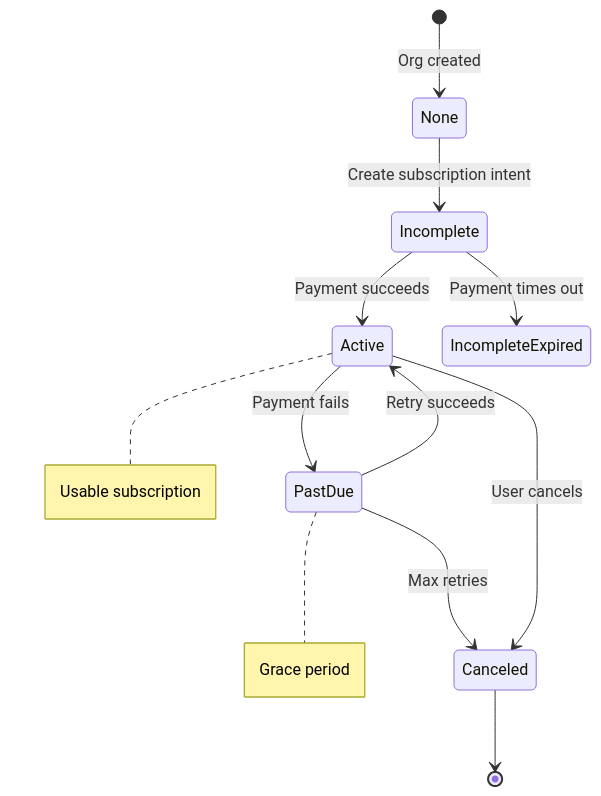
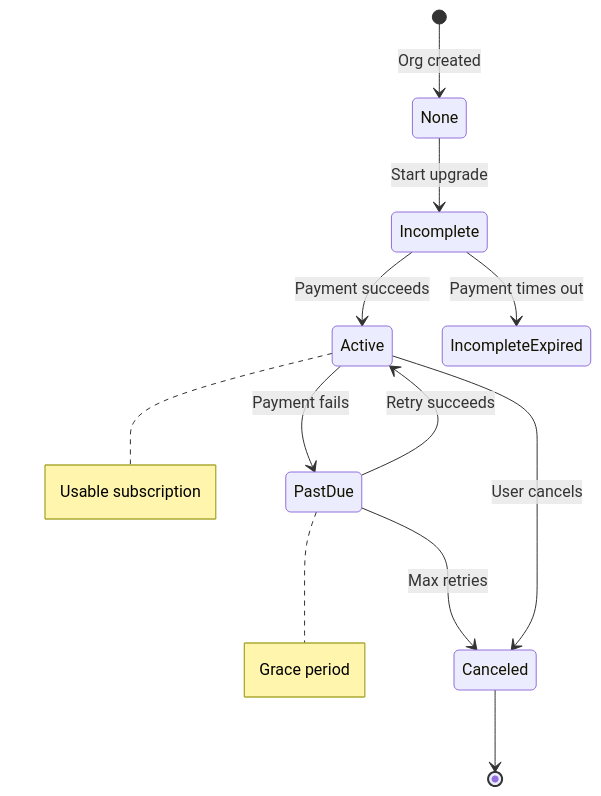
One commit to pikaia-dev/pikaia changed the second of 3 diagrams in docs/features/billing.md. Above: the diagram before and after it, drawn with Mermaid. The commit also changed other lines of this file and 5 other files, not shown here.

````diff
--- a/docs/features/billing.md
+++ b/docs/features/billing.md
@@ -50,15 +44,15 @@
 ```mermaid
 stateDiagram-v2
     [*] --> None: Org created
-    None --> Incomplete: Create subscription intent
+    None --> Incomplete: Start upgrade
     Incomplete --> Active: Payment succeeds
     Incomplete --> IncompleteExpired: Payment times out
     Active --> PastDue: Payment fails
     PastDue --> Active: Retry succeeds
     PastDue --> Canceled: Max retries
     Active --> Canceled: User cancels
     Canceled --> [*]
     
     note right of Active: Usable subscription
     note right of PastDue: Grace period
 ```
````
